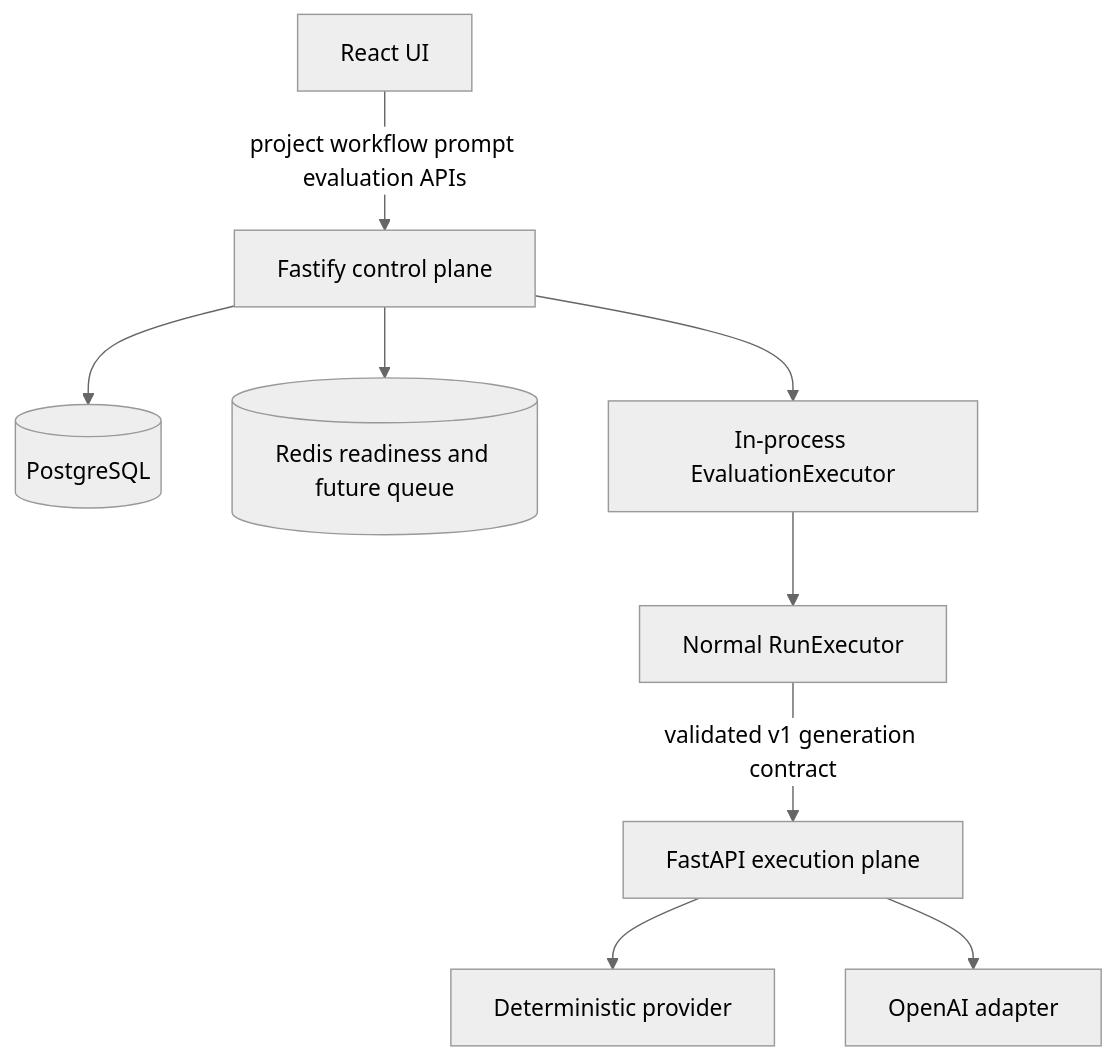
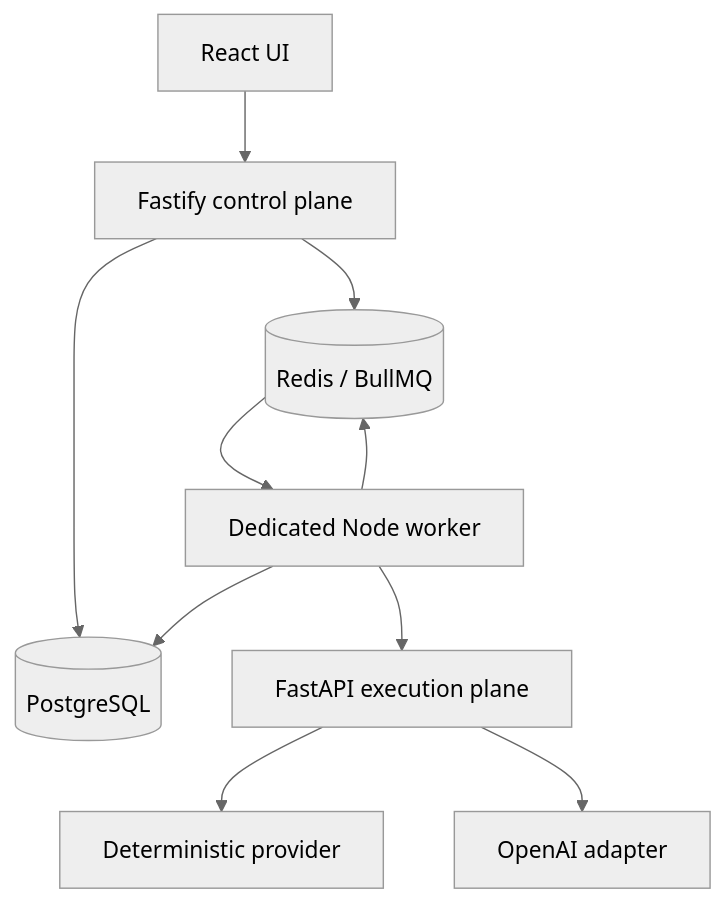
One commit to hafiz475/agentops-ai-workflow-platform changed the diagram in ARCHITECTURE.md. Above: the diagram before and after it, drawn with Mermaid (neutral theme). The commit also changed other lines of this file and 32 other files, not shown here.

````diff
--- a/ARCHITECTURE.md
+++ b/ARCHITECTURE.md
@@ -5,11 +5,12 @@
 ```mermaid
 flowchart TB
-  Web[React UI] -->|project workflow prompt evaluation APIs| API[Fastify control plane]
+  Web[React UI] --> API[Fastify control plane]
   API --> Store[(PostgreSQL)]
-  API --> Redis[(Redis readiness and future queue)]
-  API --> Evaluation[In-process EvaluationExecutor]
-  Evaluation --> Runs[Normal RunExecutor]
-  Runs -->|validated v1 generation contract| Python[FastAPI execution plane]
+  API --> Redis[(Redis / BullMQ)]
+  Redis --> Worker[Dedicated Node worker]
+  Worker --> Store
+  Worker --> Python[FastAPI execution plane]
+  Worker --> Redis
   Python --> Dev[Deterministic provider]
   Python --> OA[OpenAI adapter]
 ```
````
